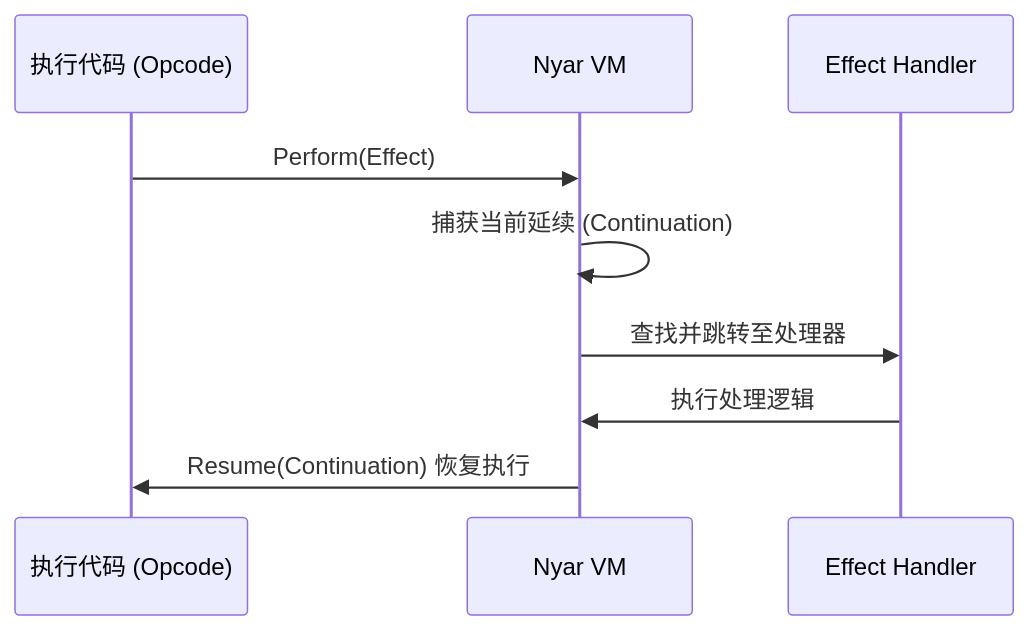
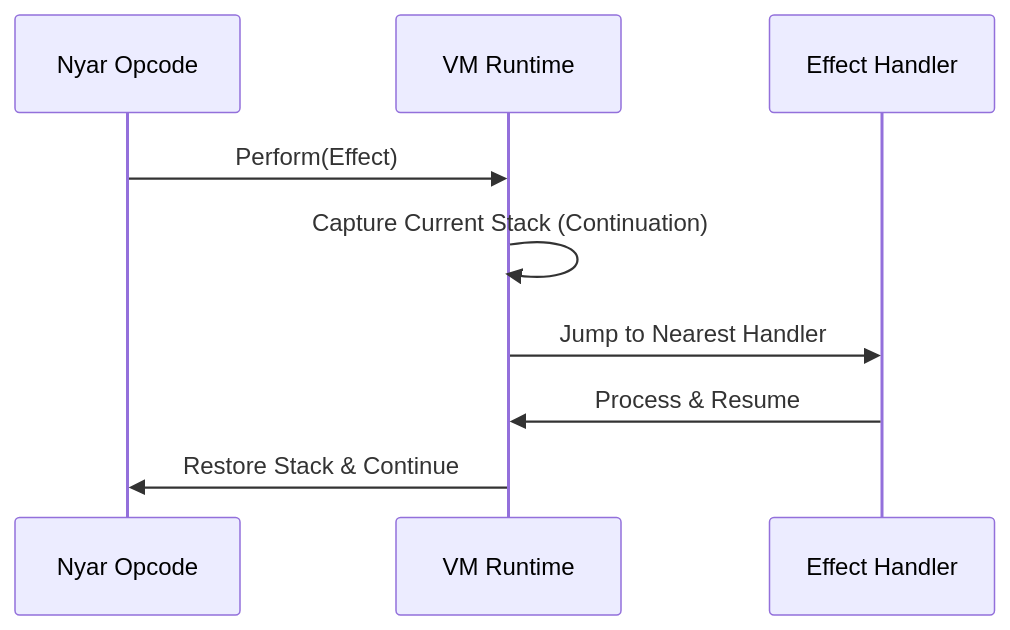
The fifth of 6 diagrams in readme.md (nyar-vm/nyar-vm), drawn with Mermaid before and after one commit. The commit also changed other lines of this file, not shown here.

````diff
--- a/readme.md
+++ b/readme.md
@@ -100,12 +97,12 @@
 ```mermaid
 sequenceDiagram
-    participant App as 执行代码 (Opcode)
-    participant VM as Nyar VM
+    participant Op as Nyar Opcode
+    participant VM as VM Runtime
     participant Handler as Effect Handler
     
-    App->>VM: Perform(Effect)
-    VM->>VM: 捕获当前延续 (Continuation)
-    VM->>Handler: 查找并跳转至处理器
-    Handler->>VM: 执行处理逻辑
-    VM->>App: Resume(Continuation) 恢复执行
+    Op->>VM: Perform(Effect)
+    VM->>VM: Capture Current Stack (Continuation)
+    VM->>Handler: Jump to Nearest Handler
+    Handler->>VM: Process & Resume
+    VM->>Op: Restore Stack & Continue
 ```
````
